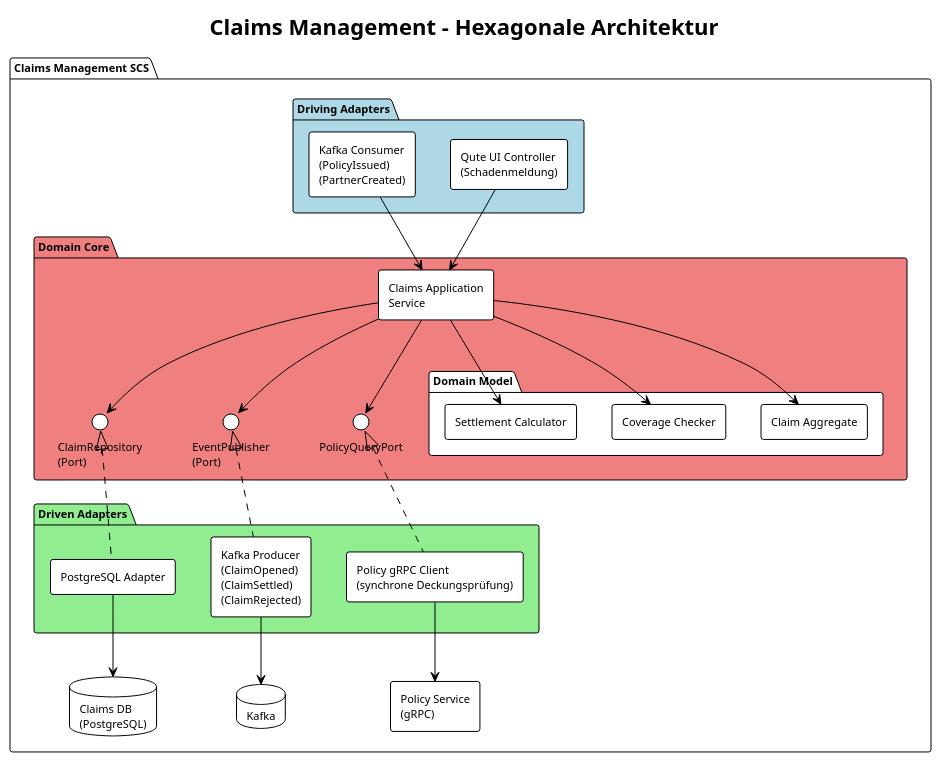
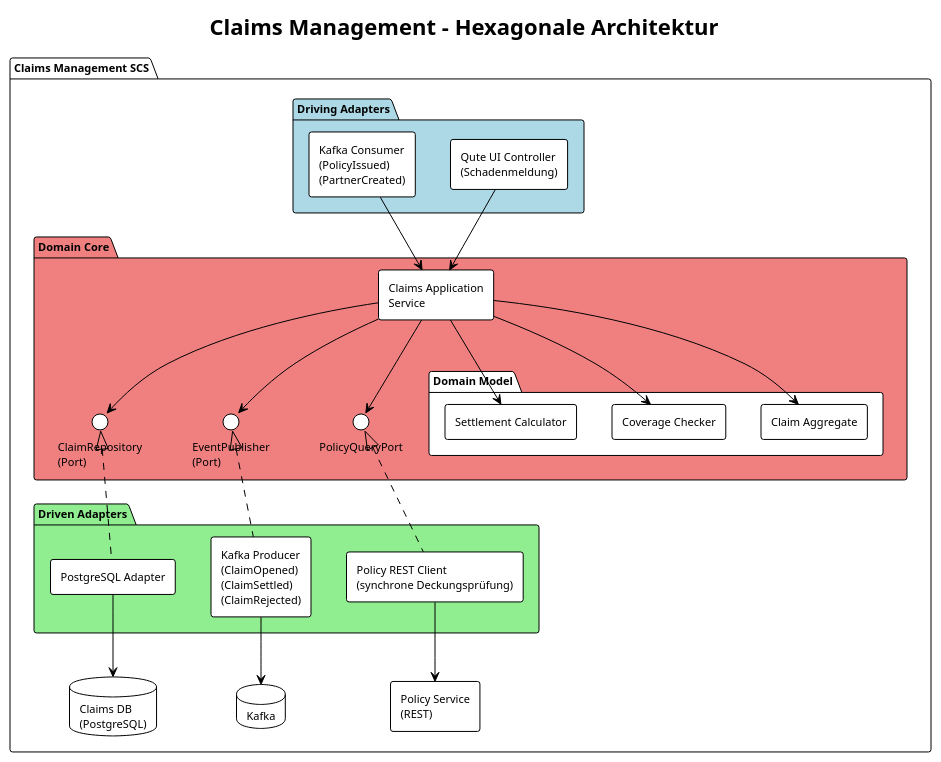
One commit to LukasW/datamesh changed the sixth of 13 diagrams in specs/arc42.md. Above: the diagram before and after it, drawn with PlantUML. The commit also changed other lines of this file and 77 other files, not shown here.

````diff
--- a/specs/arc42.md
+++ b/specs/arc42.md
@@ -375,58 +375,58 @@
 ```plantuml
 @startuml baustein-claims
 !theme plain
 skinparam defaultFontSize 11
 skinparam componentStyle rectangle
 
 title Claims Management – Hexagonale Architektur
 
 package "Claims Management SCS" {
 
   package "Driving Adapters" #LightBlue {
     [Qute UI Controller\n(Schadenmeldung)] as UI
     [Kafka Consumer\n(PolicyIssued)\n(PartnerCreated)] as KCONS
   }
 
   package "Domain Core" #LightCoral {
     [Claims Application\nService] as APP
     package "Domain Model" {
       [Claim Aggregate] as CLM_AGG
       [Coverage Checker] as COV
       [Settlement Calculator] as SETTLE
     }
     interface "ClaimRepository\n(Port)" as REPO_PORT
     interface "EventPublisher\n(Port)" as EVENT_PORT
     interface "PolicyQueryPort" as POL_PORT
   }
 
   package "Driven Adapters" #LightGreen {
     [PostgreSQL Adapter] as DB_ADAPT
     [Kafka Producer\n(ClaimOpened)\n(ClaimSettled)\n(ClaimRejected)] as KPROD
-    [Policy gRPC Client\n(synchrone Deckungsprüfung)] as POL_ADAPT
+    [Policy REST Client\n(synchrone Deckungsprüfung)] as POL_ADAPT
   }
 
   database "Claims DB\n(PostgreSQL)" as CLMDB
   database "Kafka" as KAFKA
-  component "Policy Service\n(gRPC)" as POLSVC
+  component "Policy Service\n(REST)" as POLSVC
 }
 
 UI --> APP
 KCONS --> APP
 
 APP --> CLM_AGG
 APP --> COV
 APP --> SETTLE
 APP --> REPO_PORT
 APP --> EVENT_PORT
 APP --> POL_PORT
 
 REPO_PORT <|.. DB_ADAPT
 EVENT_PORT <|.. KPROD
 POL_PORT <|.. POL_ADAPT
 
 DB_ADAPT --> CLMDB
 KPROD --> KAFKA
 POL_ADAPT --> POLSVC
 
 @enduml
 ```
````
